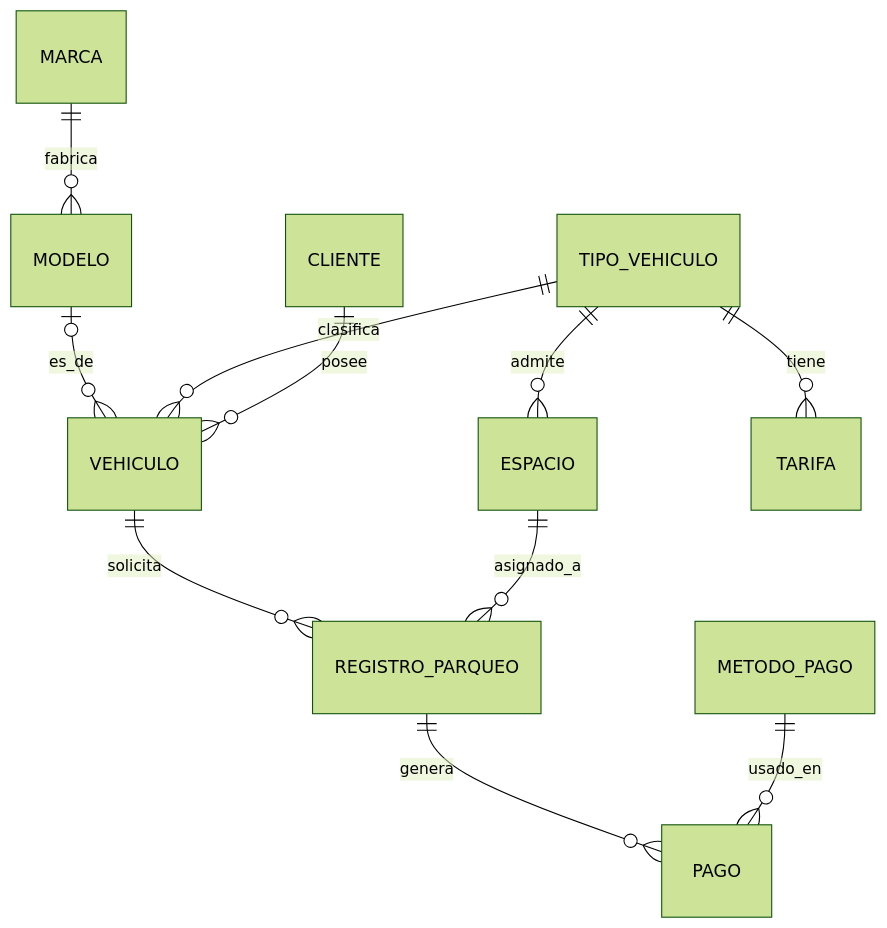
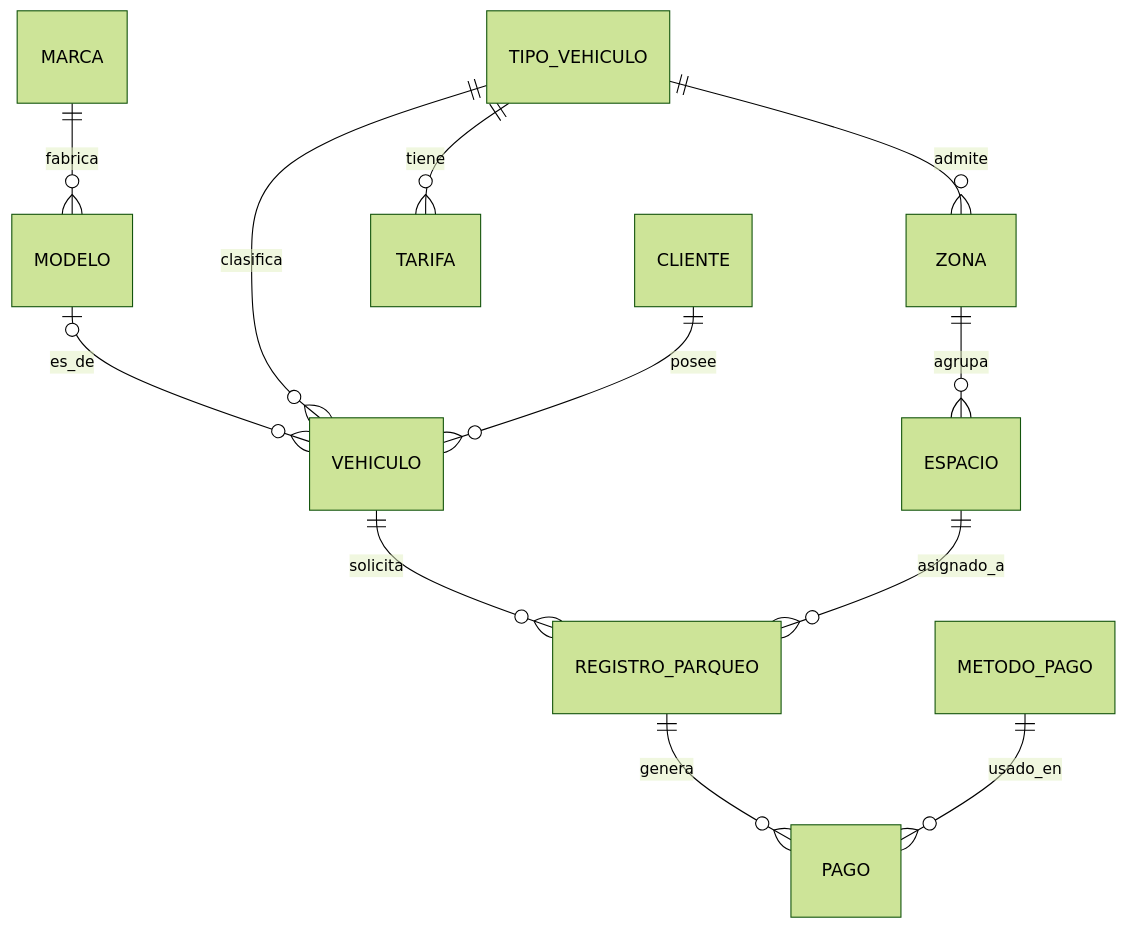
The diagram in documentacion/especificacion_bd_parqueadero.md (San-0731/ParqueaderoProyBD), drawn with Mermaid (forest theme) before and after one commit. The commit also changed other lines of this file and 1 other file, not shown here.

Commit message:
docs: documentar la tabla zona y la nomenclatura A1-01

````diff
--- a/documentacion/especificacion_bd_parqueadero.md
+++ b/documentacion/especificacion_bd_parqueadero.md
@@ -23,13 +25,14 @@
 ```mermaid
 erDiagram
   MARCA ||--o{ MODELO : fabrica
   MODELO |o--o{ VEHICULO : es_de
   TIPO_VEHICULO ||--o{ VEHICULO : clasifica
-  TIPO_VEHICULO ||--o{ ESPACIO : admite
+  TIPO_VEHICULO ||--o{ ZONA : admite
+  ZONA ||--o{ ESPACIO : agrupa
   TIPO_VEHICULO ||--o{ TARIFA : tiene
   CLIENTE ||--o{ VEHICULO : posee
   VEHICULO ||--o{ REGISTRO_PARQUEO : solicita
   ESPACIO ||--o{ REGISTRO_PARQUEO : asignado_a
   REGISTRO_PARQUEO ||--o{ PAGO : genera
   METODO_PAGO ||--o{ PAGO : usado_en
 ```
````
